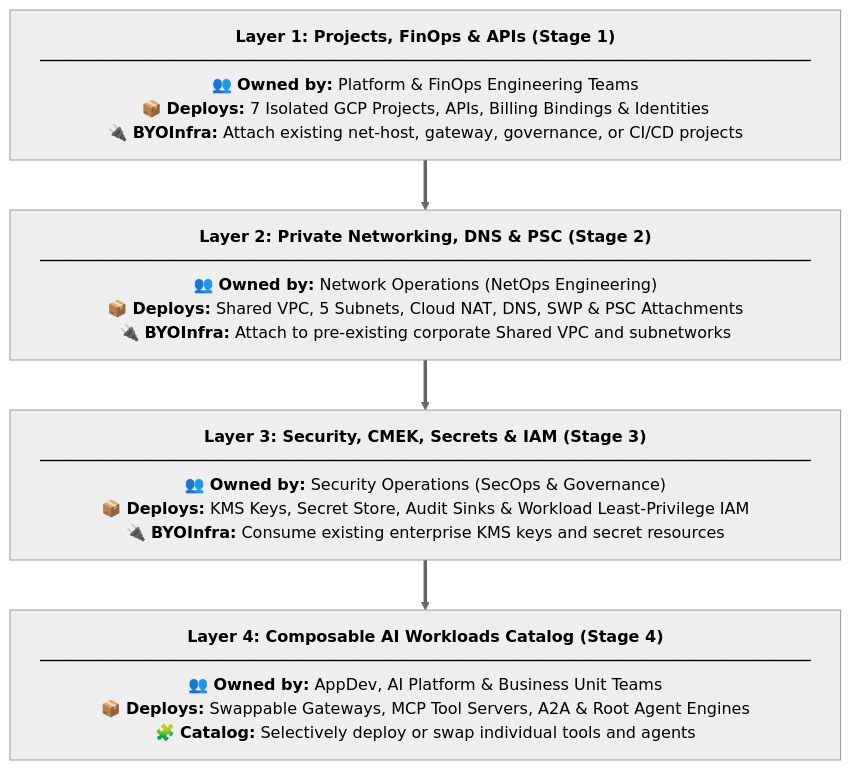
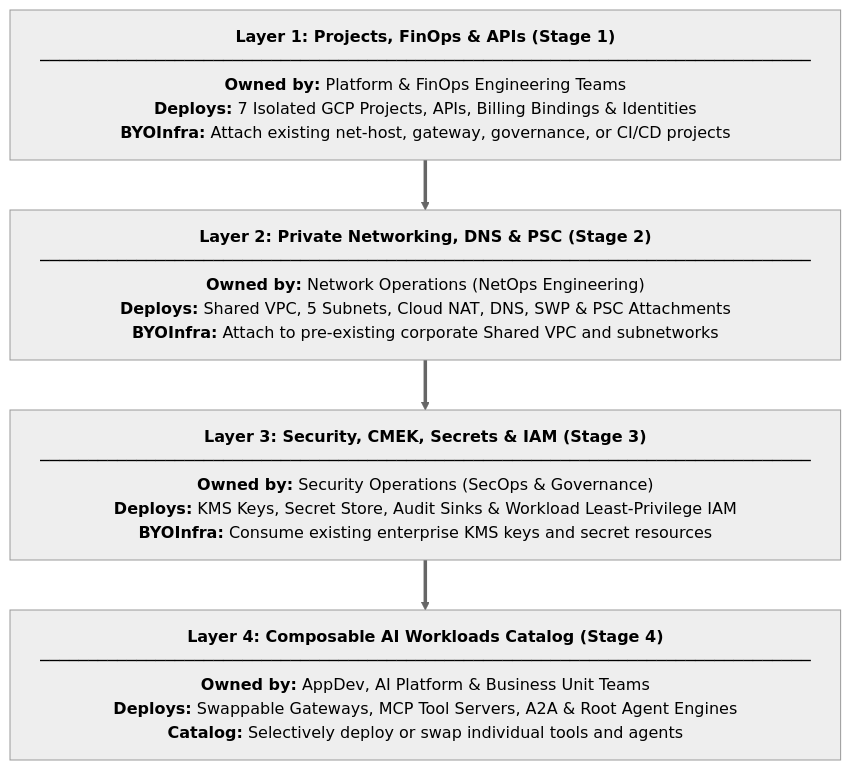
One commit to google/esmeralda changed the third of 3 diagrams in docs/README.md. Above: the diagram before and after it, drawn with Mermaid (neutral theme). The commit also changed other lines of this file and 8 other files, not shown here.

````diff
--- a/docs/README.md
+++ b/docs/README.md
@@ -97,12 +97,12 @@
 ```mermaid
 flowchart TB
-    L1["<b>Layer 1: Projects, FinOps & APIs (Stage 1)</b><br/>────────────────────────────────────────────────────────────────────────────────<br/>👥 <b>Owned by:</b> Platform & FinOps Engineering Teams<br/>📦 <b>Deploys:</b> 7 Isolated GCP Projects, APIs, Billing Bindings & Identities<br/>🔌 <b>BYOInfra:</b> Attach existing net-host, gateway, governance, or CI/CD projects"]
+    L1["<b>Layer 1: Projects, FinOps & APIs (Stage 1)</b><br/>────────────────────────────────────────────────────────────────────────────────<br/><b>Owned by:</b> Platform & FinOps Engineering Teams<br/><b>Deploys:</b> 7 Isolated GCP Projects, APIs, Billing Bindings & Identities<br/><b>BYOInfra:</b> Attach existing net-host, gateway, governance, or CI/CD projects"]
 
-    L2["<b>Layer 2: Private Networking, DNS & PSC (Stage 2)</b><br/>────────────────────────────────────────────────────────────────────────────────<br/>👥 <b>Owned by:</b> Network Operations (NetOps Engineering)<br/>📦 <b>Deploys:</b> Shared VPC, 5 Subnets, Cloud NAT, DNS, SWP & PSC Attachments<br/>🔌 <b>BYOInfra:</b> Attach to pre-existing corporate Shared VPC and subnetworks"]
+    L2["<b>Layer 2: Private Networking, DNS & PSC (Stage 2)</b><br/>────────────────────────────────────────────────────────────────────────────────<br/><b>Owned by:</b> Network Operations (NetOps Engineering)<br/><b>Deploys:</b> Shared VPC, 5 Subnets, Cloud NAT, DNS, SWP & PSC Attachments<br/><b>BYOInfra:</b> Attach to pre-existing corporate Shared VPC and subnetworks"]
 
-    L3["<b>Layer 3: Security, CMEK, Secrets & IAM (Stage 3)</b><br/>────────────────────────────────────────────────────────────────────────────────<br/>👥 <b>Owned by:</b> Security Operations (SecOps & Governance)<br/>📦 <b>Deploys:</b> KMS Keys, Secret Store, Audit Sinks & Workload Least-Privilege IAM<br/>🔌 <b>BYOInfra:</b> Consume existing enterprise KMS keys and secret resources"]
+    L3["<b>Layer 3: Security, CMEK, Secrets & IAM (Stage 3)</b><br/>────────────────────────────────────────────────────────────────────────────────<br/><b>Owned by:</b> Security Operations (SecOps & Governance)<br/><b>Deploys:</b> KMS Keys, Secret Store, Audit Sinks & Workload Least-Privilege IAM<br/><b>BYOInfra:</b> Consume existing enterprise KMS keys and secret resources"]
 
-    L4["<b>Layer 4: Composable AI Workloads Catalog (Stage 4)</b><br/>────────────────────────────────────────────────────────────────────────────────<br/>👥 <b>Owned by:</b> AppDev, AI Platform & Business Unit Teams<br/>📦 <b>Deploys:</b> Swappable Gateways, MCP Tool Servers, A2A & Root Agent Engines<br/>🧩 <b>Catalog:</b> Selectively deploy or swap individual tools and agents"]
+    L4["<b>Layer 4: Composable AI Workloads Catalog (Stage 4)</b><br/>────────────────────────────────────────────────────────────────────────────────<br/><b>Owned by:</b> AppDev, AI Platform & Business Unit Teams<br/><b>Deploys:</b> Swappable Gateways, MCP Tool Servers, A2A & Root Agent Engines<br/><b>Catalog:</b> Selectively deploy or swap individual tools and agents"]
 
     L1 ==> L2 ==> L3 ==> L4
 ```
````
